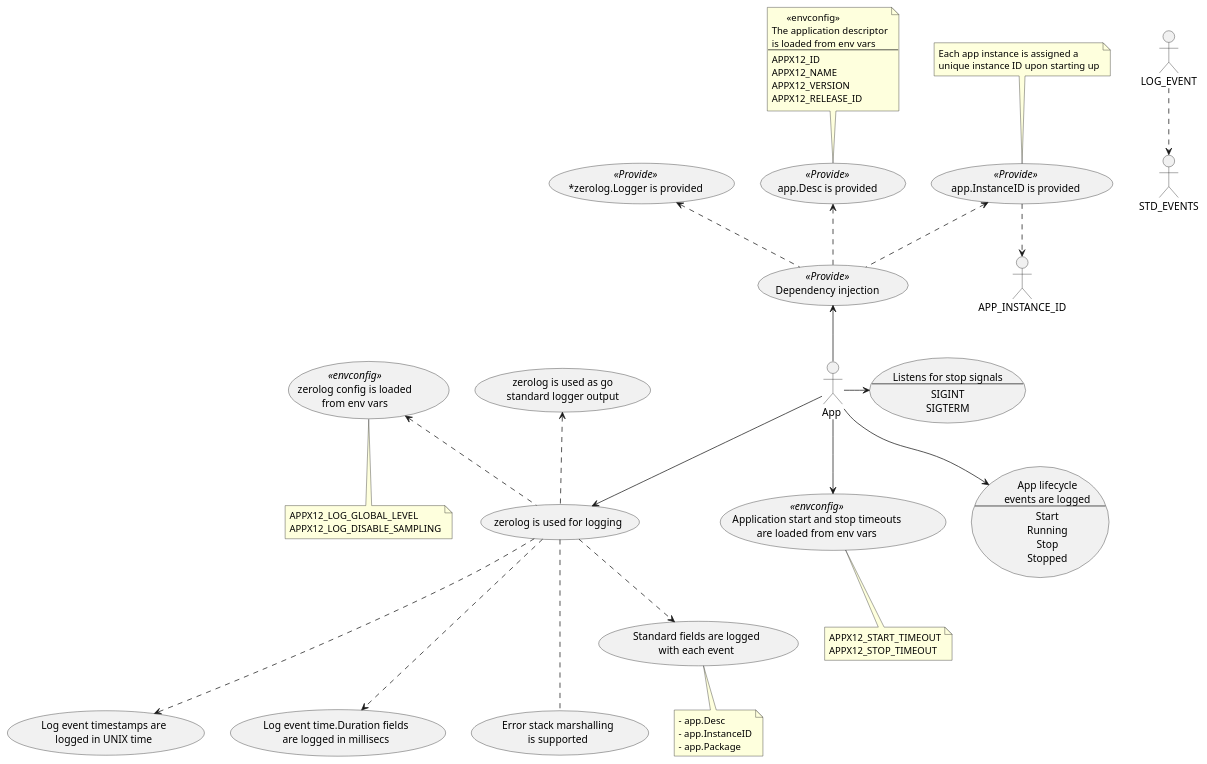
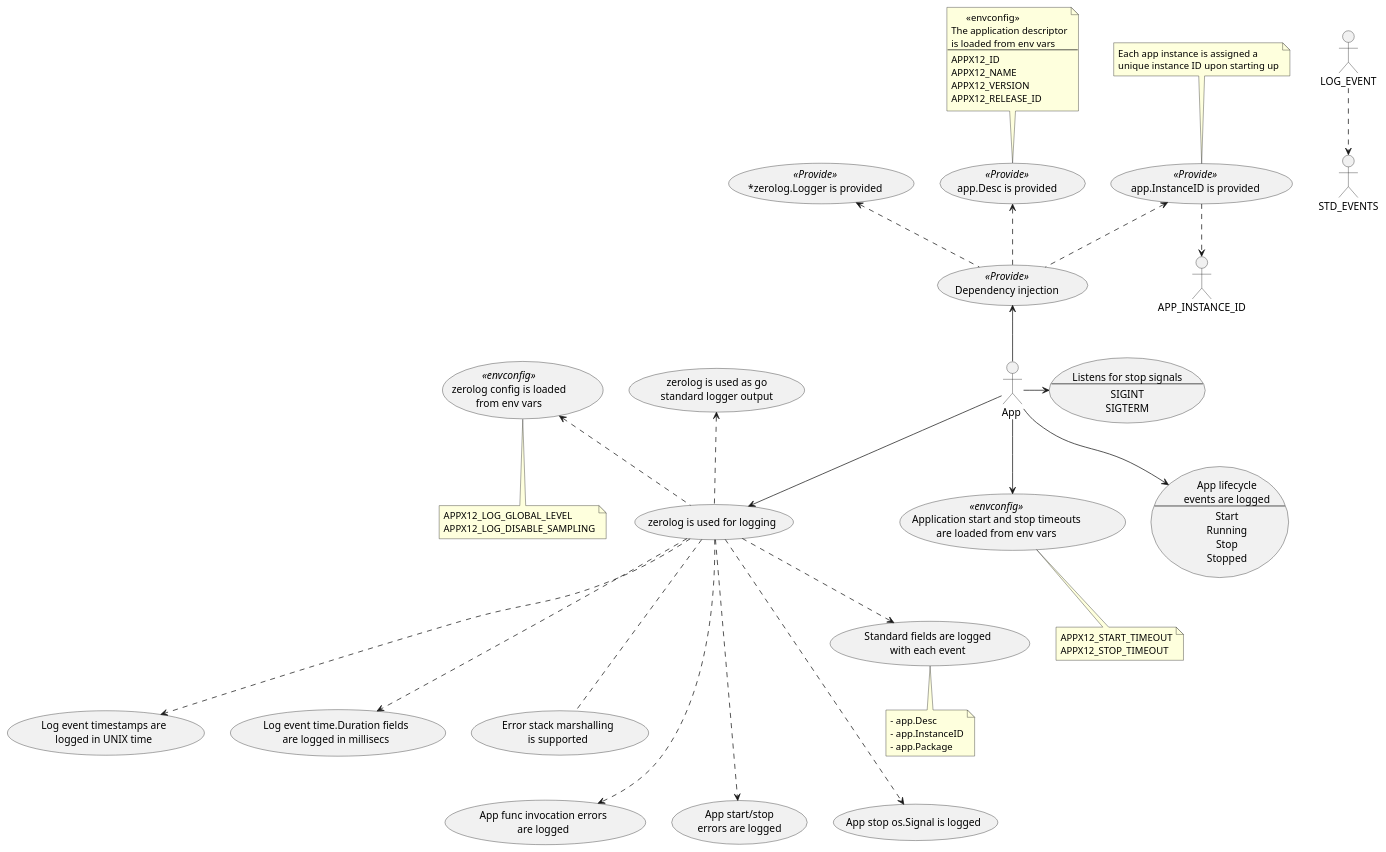
One commit to oysterpack/andiamo changed the diagram in pkg/app/fx/usecases.puml. Above: the diagram before and after it, drawn with PlantUML. The commit also changed 9 other files, not shown here.

First line of the commit message:
fx.App has been enhanced to log invoke and app start/stop errors

```diff
--- a/pkg/app/fx/usecases.puml
+++ b/pkg/app/fx/usecases.puml
@@ -1,100 +1,112 @@
 @startuml
 actor :App : as APP
 
 usecase APP_TIMEOUTS << envconfig >> as "Application start and stop timeouts
 are loaded from env vars"
 
 note bottom of APP_TIMEOUTS {
 APPX12_START_TIMEOUT
 APPX12_STOP_TIMEOUT
 }
 
 usecase APP_LOGGING as "zerolog is used for logging"
 usecase ZEROLOG_CONFIG << envconfig >> as "zerolog config is loaded
 from env vars"
 
 note bottom of ZEROLOG_CONFIG {
 APPX12_LOG_GLOBAL_LEVEL
 APPX12_LOG_DISABLE_SAMPLING
 }
 
 usecase LOG_APP_DESC as "Standard fields are logged
 with each event"
 
 note bottom of LOG_APP_DESC {
 - app.Desc
 - app.InstanceID
 - app.Package
 }
 
 usecase LOG_TIMESTAMP as "Log event timestamps are
 logged in UNIX time"
 
 usecase LOG_DURATION as "Log event time.Duration fields
 are logged in millisecs"
 
 usecase LOG_ERROR_STACK_MARSHALLER as "Error stack marshalling
 is supported"
 
 usecase GO_LOGGING as "zerolog is used as go
 standard logger output"
 
 usecase DEPENDENCY_INJECTION << Provide >> as "Dependency injection"
 usecase PROVIDE_APP_DESC << Provide >> as "app.Desc is provided"
 
 note top of PROVIDE_APP_DESC {
       <<envconfig>>
 The application descriptor
 is loaded from env vars
 ---
 APPX12_ID
 APPX12_NAME
 APPX12_VERSION
 APPX12_RELEASE_ID
 }
 
 usecase PROVIDE_APP_INSTANCE_ID << Provide >> as "app.InstanceID is provided"
 
 note top of PROVIDE_APP_INSTANCE_ID  {
 Each app instance is assigned a
 unique instance ID upon starting up
 }
 
 usecase PROVIDE_LOGGER << Provide >> as "*zerolog.Logger is provided"
 
 DEPENDENCY_INJECTION .up.> PROVIDE_APP_DESC
 DEPENDENCY_INJECTION .up.> PROVIDE_APP_INSTANCE_ID
 DEPENDENCY_INJECTION .up.> PROVIDE_LOGGER
 APP_INSTANCE_ID <.up. PROVIDE_APP_INSTANCE_ID
 
 usecase LOG_APP_LIFECYCLE_EVENTS as "App lifecycle
 events are logged
 ---
 Start
 Running
 Stop
 Stopped"
 
+usecase LOG_APP_INVOKE_ERRORS as "App func invocation errors
+are logged"
+
+usecase LOG_APP_START_STOP_ERRORS as "App start/stop
+errors are logged"
+
+usecase LOG_STOP_SIGNAL_EVENT as "App stop os.Signal is logged"
+
 usecase APP_STOP_SIGNALS as "Listens for stop signals
 ---
 SIGINT
 SIGTERM
 "
 
 LOG_EVENT ..> STD_EVENTS
 
 APP_LOGGING .up.> GO_LOGGING
 APP_LOGGING .up.> ZEROLOG_CONFIG
 APP_LOGGING ..> LOG_APP_DESC
 APP_LOGGING ...> LOG_TIMESTAMP
 APP_LOGGING ...> LOG_DURATION
+APP_LOGGING ....> LOG_APP_INVOKE_ERRORS
+APP_LOGGING ....> LOG_APP_START_STOP_ERRORS
+APP_LOGGING ....> LOG_STOP_SIGNAL_EVENT
 APP_LOGGING ... LOG_ERROR_STACK_MARSHALLER
+
 
 APP -up-> DEPENDENCY_INJECTION
 APP --> APP_TIMEOUTS
 APP --> APP_LOGGING
 
 APP --> LOG_APP_LIFECYCLE_EVENTS
 APP -> APP_STOP_SIGNALS
 
 @enduml
```
